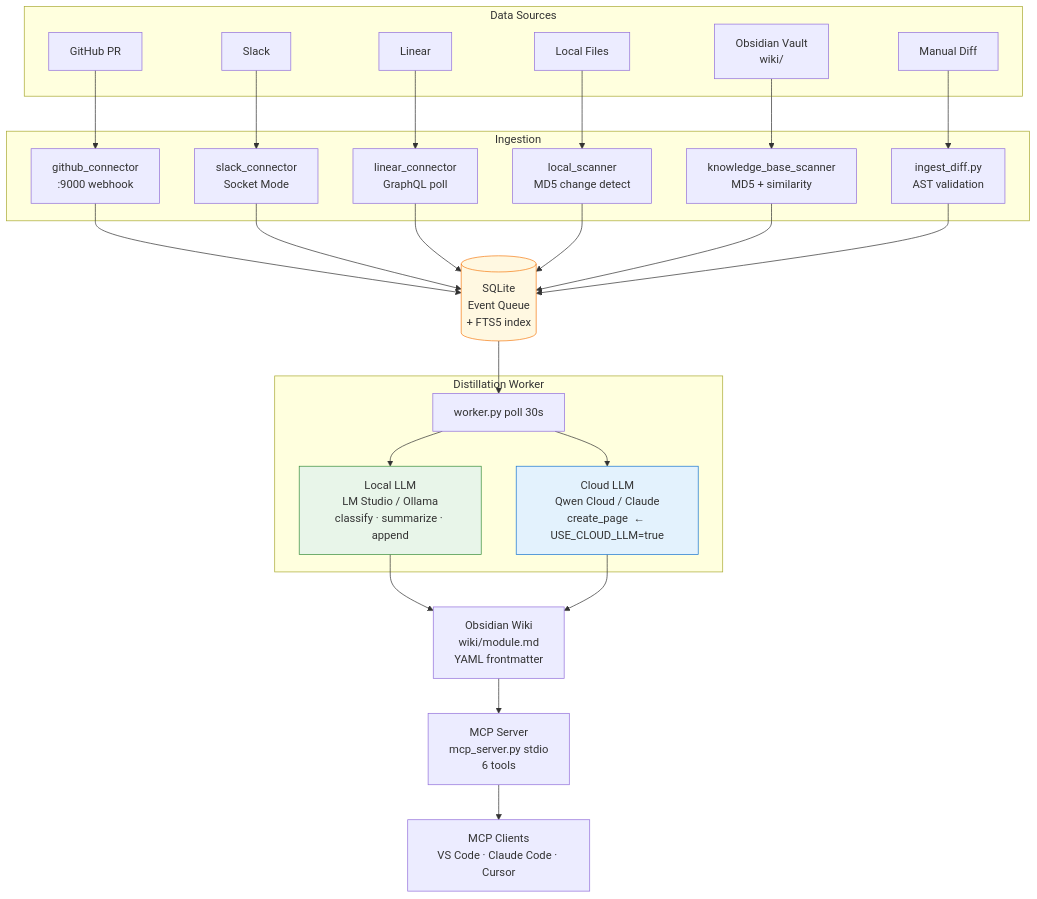
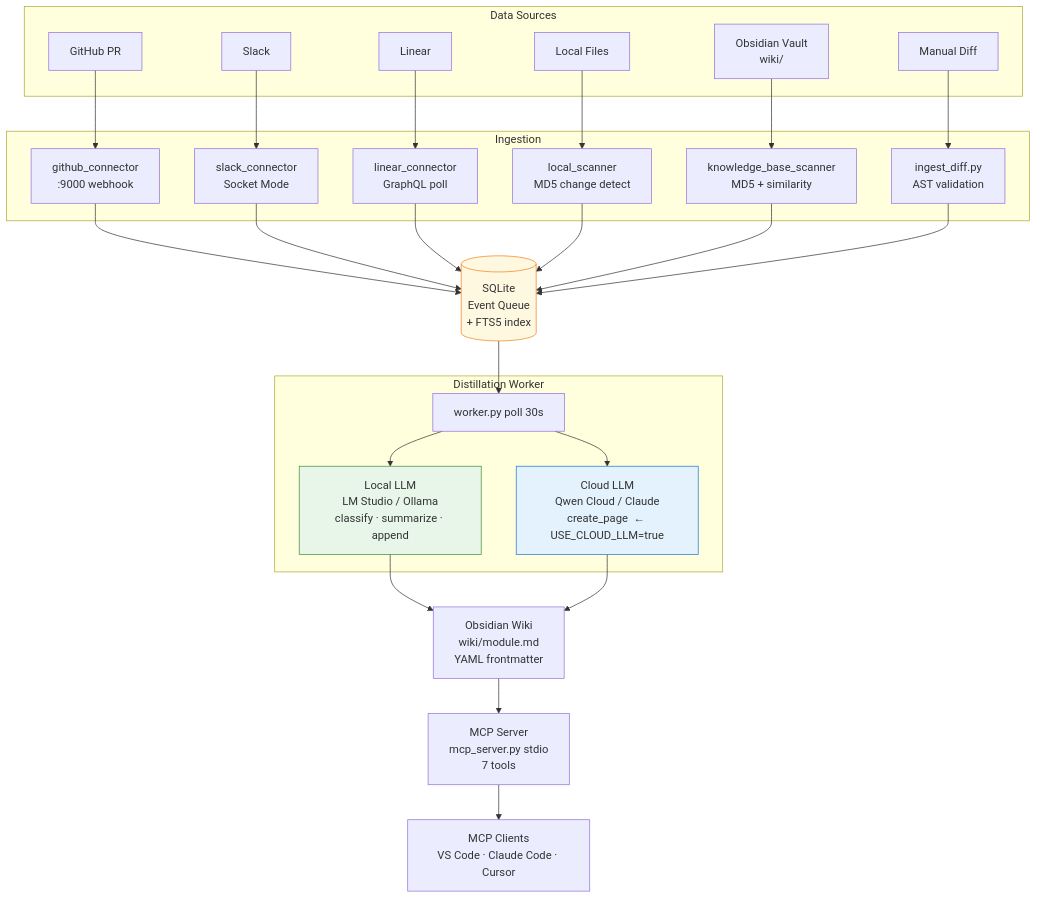
The diagram in README.md (thomaschen-tw/shadow-wiki), drawn with Mermaid before and after one commit. The commit also changed other lines of this file and 7 other files, not shown here.

````diff
--- a/README.md
+++ b/README.md
@@ -24,43 +24,43 @@
 ```mermaid
 flowchart TD
     subgraph sources["Data Sources"]
         GH["GitHub PR"] 
         SL["Slack"]
         LI["Linear"]
         FS["Local Files"]
         KB["Obsidian Vault\nwiki/"]
         CLI["Manual Diff"]
     end
 
     subgraph ingest["Ingestion"]
         GH_C["github_connector\n:9000 webhook"]
         SL_C["slack_connector\nSocket Mode"]
         LI_C["linear_connector\nGraphQL poll"]
         LS_C["local_scanner\nMD5 change detect"]
         KB_C["knowledge_base_scanner\nMD5 + similarity"]
         ID["ingest_diff.py\nAST validation"]
     end
 
     DB[("SQLite\nEvent Queue\n+ FTS5 index")]
 
     subgraph worker["Distillation Worker"]
         W["worker.py  poll 30s"]
         LOCAL["Local LLM\nLM Studio / Ollama\nclassify · summarize · append"]
         CLOUD["Cloud LLM\nQwen Cloud / Claude\ncreate_page  ← USE_CLOUD_LLM=true"]
     end
 
     WIKI["Obsidian Wiki\nwiki/module.md\nYAML frontmatter"]
-    MCP["MCP Server\nmcp_server.py stdio\n6 tools"]
+    MCP["MCP Server\nmcp_server.py stdio\n7 tools"]
     IDE["MCP Clients\nVS Code · Claude Code · Cursor"]
 
     GH-->GH_C; SL-->SL_C; LI-->LI_C; FS-->LS_C; KB-->KB_C; CLI-->ID
     GH_C & SL_C & LI_C & LS_C & KB_C & ID --> DB
     DB --> W
     W --> LOCAL --> WIKI
     W --> CLOUD --> WIKI
     WIKI --> MCP --> IDE
 
     style LOCAL fill:#e8f5e9,stroke:#388e3c
     style CLOUD fill:#e3f2fd,stroke:#1976d2
     style DB fill:#fff8e1,stroke:#f57f17
 ```
````
